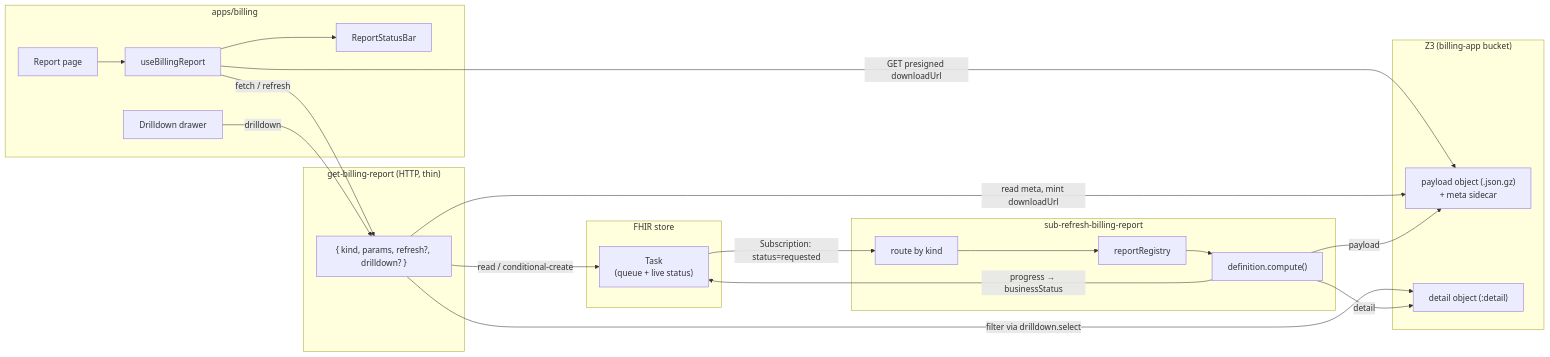
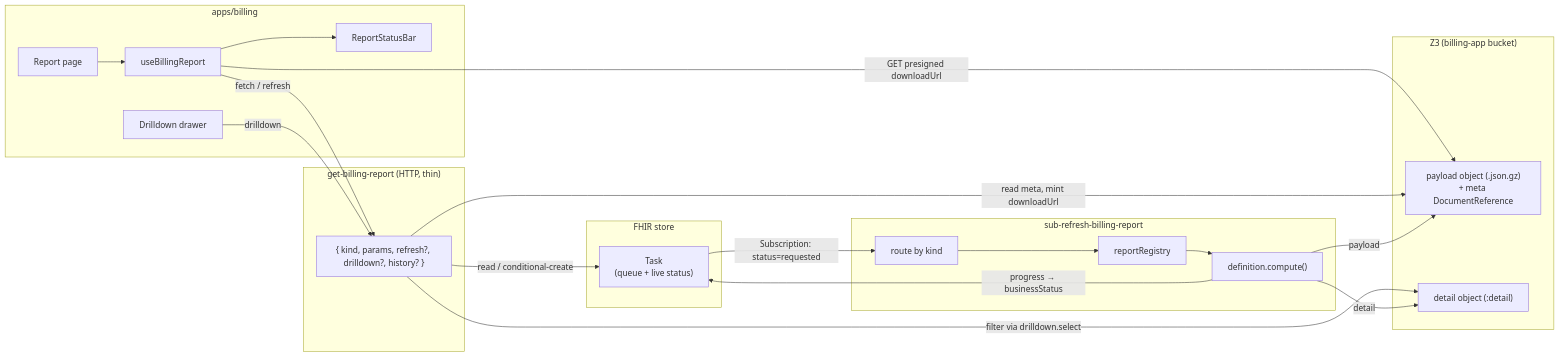
One commit to masslight/ottehr changed the first of 3 diagrams in docs/billing-report-refresh-framework.md. Above: the diagram before and after it, drawn with Mermaid. The commit also changed other lines of this file and 24 other files, not shown here.

Commit message:
preliminary report history

````diff
--- a/docs/billing-report-refresh-framework.md
+++ b/docs/billing-report-refresh-framework.md
@@ -30,37 +30,37 @@
 ```mermaid
 flowchart LR
     subgraph Frontend["apps/billing"]
         Page["Report page"] --> Hook["useBillingReport"]
         Hook --> StatusBar["ReportStatusBar"]
         Drawer["Drilldown drawer"]
     end
 
     subgraph HTTP["get-billing-report (HTTP, thin)"]
-        GetReport["{ kind, params, refresh?, drilldown? }"]
+        GetReport["{ kind, params, refresh?, drilldown?, history? }"]
     end
 
     subgraph FHIR["FHIR store"]
         TaskR["Task<br/>(queue + live status)"]
     end
 
     subgraph Z3["Z3 (billing-app bucket)"]
-        Cache["payload object (.json.gz)<br/>+ meta sidecar"]
+        Cache["payload object (.json.gz)<br/>+ meta DocumentReference"]
         Detail["detail object (:detail)"]
     end
 
     subgraph Worker["sub-refresh-billing-report"]
         Sub["route by kind"] --> Registry["reportRegistry"]
         Registry --> Compute["definition.compute()"]
     end
 
     Hook -- "fetch / refresh" --> GetReport
     Hook -- "GET presigned downloadUrl" --> Cache
     Drawer -- "drilldown" --> GetReport
     GetReport -- "read meta, mint downloadUrl" --> Cache
     GetReport -- "filter via drilldown.select" --> Detail
     GetReport -- "read / conditional-create" --> TaskR
     TaskR -- "Subscription: status=requested" --> Sub
     Compute -- "progress → businessStatus" --> TaskR
     Compute -- "payload" --> Cache
     Compute -- "detail" --> Detail
 ```
````
